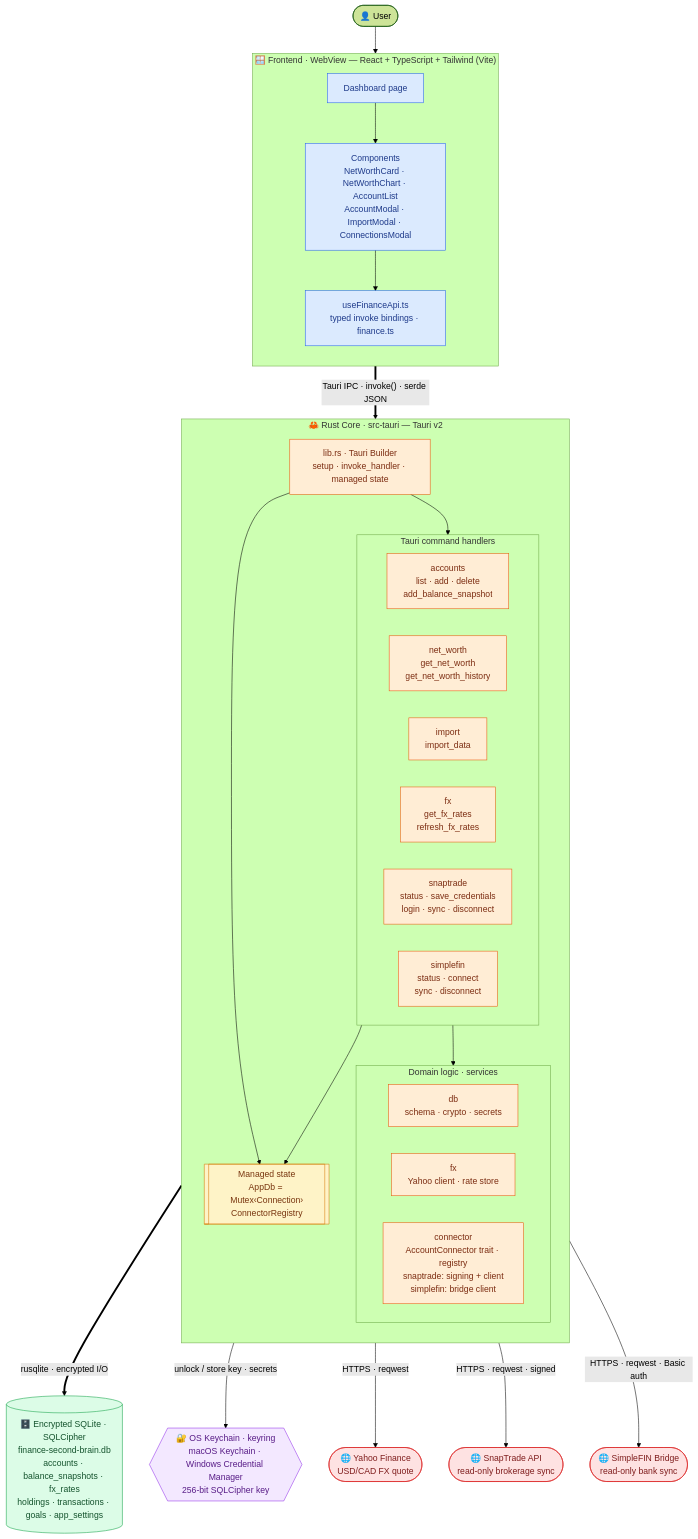
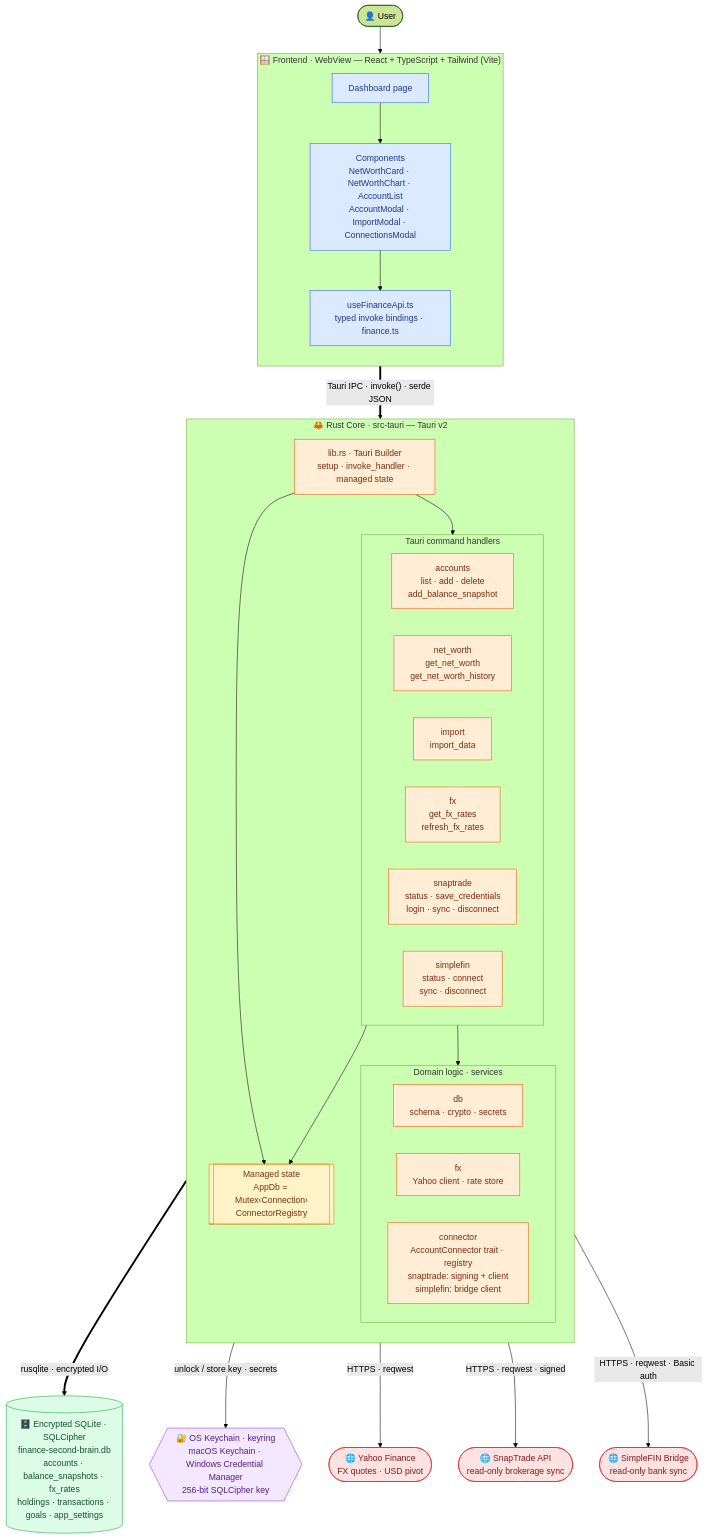
Before and after one commit to daryn-brown/truenorth: the first of 2 diagrams in README.md, drawn with Mermaid (forest theme). The commit also changed other lines of this file and 1 other file, not shown here.

First line of the commit message:
docs(fx): clarify any currency converts into USD + CAD totals

````diff
--- a/README.md
+++ b/README.md
@@ -43,69 +43,69 @@
 ```mermaid
 flowchart TB
     user(["👤 User"])
 
     subgraph FE["🪟 Frontend · WebView — React + TypeScript + Tailwind (Vite)"]
         direction TB
         pages["Dashboard page"]
         comps["Components<br/>NetWorthCard · NetWorthChart · AccountList<br/>AccountModal · ImportModal · ConnectionsModal"]
         api["useFinanceApi.ts<br/>typed invoke bindings · finance.ts"]
         pages --> comps --> api
     end
 
     subgraph CORE["🦀 Rust Core · src-tauri — Tauri v2"]
         direction TB
         builder["lib.rs · Tauri Builder<br/>setup · invoke_handler · managed state"]
 
         subgraph CMD["Tauri command handlers"]
             direction LR
             c_acc["accounts<br/>list · add · delete<br/>add_balance_snapshot"]
             c_nw["net_worth<br/>get_net_worth<br/>get_net_worth_history"]
             c_imp["import<br/>import_data"]
             c_fx["fx<br/>get_fx_rates<br/>refresh_fx_rates"]
             c_snap["snaptrade<br/>status · save_credentials<br/>login · sync · disconnect"]
             c_sf["simplefin<br/>status · connect<br/>sync · disconnect"]
         end
 
         subgraph SVC["Domain logic · services"]
             direction LR
             d_db["db<br/>schema · crypto · secrets"]
             d_fx["fx<br/>Yahoo client · rate store"]
             d_conn["connector<br/>AccountConnector trait · registry<br/>snaptrade: signing + client<br/>simplefin: bridge client"]
         end
 
         state[["Managed state<br/>AppDb = Mutex‹Connection›<br/>ConnectorRegistry"]]
 
         builder --> CMD
         builder --> state
         CMD --> SVC
         CMD --> state
     end
 
     kc{{"🔐 OS Keychain · keyring<br/>macOS Keychain · Windows Credential Manager<br/>256-bit SQLCipher key"}}
     db[("🗄️ Encrypted SQLite · SQLCipher<br/>finance-second-brain.db<br/>accounts · balance_snapshots · fx_rates<br/>holdings · transactions · goals · app_settings")]
-    yahoo(["🌐 Yahoo Finance<br/>USD/CAD FX quote"])
+    yahoo(["🌐 Yahoo Finance<br/>FX quotes · USD pivot"])
     snaptrade(["🌐 SnapTrade API<br/>read-only brokerage sync"])
     simplefin(["🌐 SimpleFIN Bridge<br/>read-only bank sync"])
 
     user --> pages
     api ==>|"Tauri IPC · invoke() · serde JSON"| builder
     state ==>|"rusqlite · encrypted I/O"| db
     d_db -->|"unlock / store key · secrets"| kc
     d_fx -->|"HTTPS · reqwest"| yahoo
     d_conn -->|"HTTPS · reqwest · signed"| snaptrade
     d_conn -->|"HTTPS · reqwest · Basic auth"| simplefin
 
     classDef feNode fill:#dbeafe,stroke:#2563eb,color:#1e3a8a;
     classDef coreNode fill:#ffedd5,stroke:#ea580c,color:#7c2d12;
     classDef stateNode fill:#fef3c7,stroke:#d97706,color:#78350f;
     classDef store fill:#dcfce7,stroke:#16a34a,color:#14532d;
     classDef os fill:#f3e8ff,stroke:#9333ea,color:#581c87;
     classDef ext fill:#fee2e2,stroke:#dc2626,color:#7f1d1d;
 
     class pages,comps,api feNode;
     class builder,c_acc,c_nw,c_imp,c_fx,c_snap,c_sf,d_db,d_fx,d_conn coreNode;
     class state stateNode;
     class db store;
     class kc os;
     class yahoo,snaptrade,simplefin ext;
 ```
````
